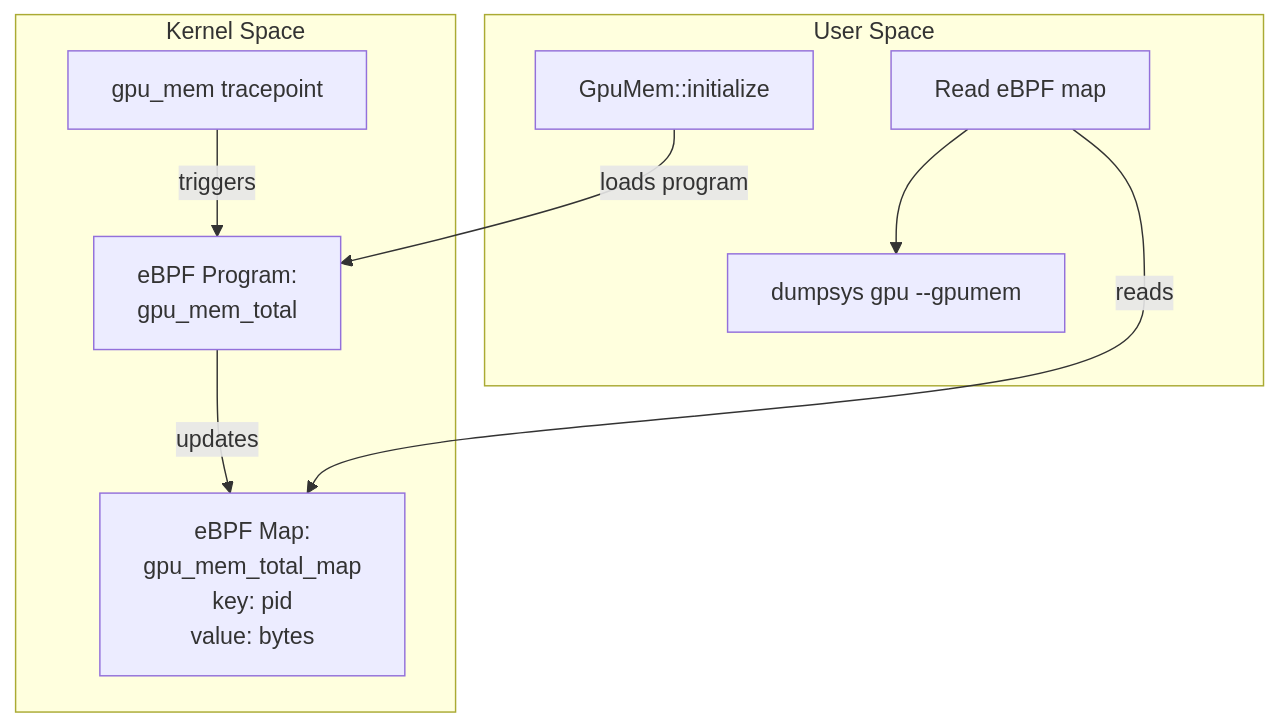
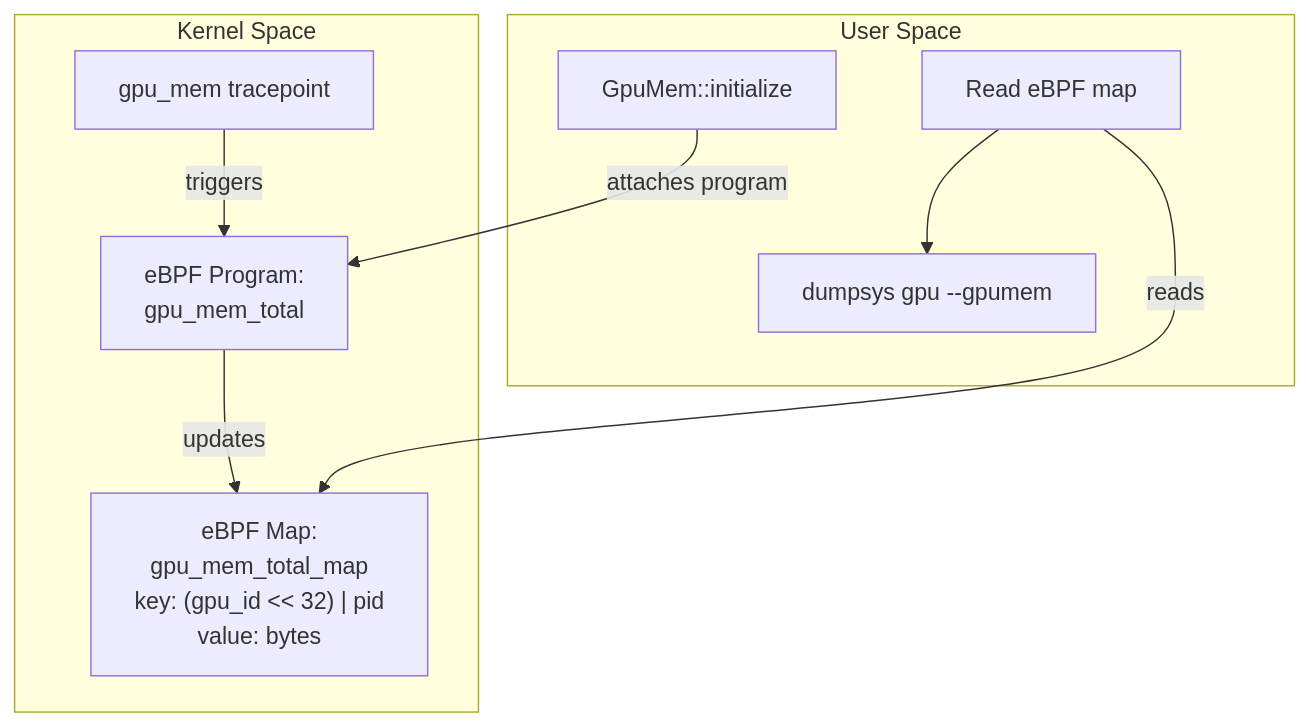
Before and after one commit to aospbooks/aosp-internal-book: diagram 26 of 29 in agents/claude/skills/aosp-native-services-and-media/12-native-services.md, drawn with Mermaid. The commit also changed other lines of this file and 218 other files, not shown here.

````diff
--- a/agents/claude/skills/aosp-native-services-and-media/12-native-services.md
+++ b/agents/claude/skills/aosp-native-services-and-media/12-native-services.md
@@ -2559,20 +2681,20 @@
 ```mermaid
 graph TB
     subgraph "Kernel Space"
         TP[gpu_mem tracepoint]
         BPF_PROG["eBPF Program:<br/>gpu_mem_total"]
-        BPF_MAP["eBPF Map:<br/>gpu_mem_total_map<br/>key: pid<br/>value: bytes"]
+        BPF_MAP["eBPF Map:<br/>gpu_mem_total_map<br/>key: (gpu_id << 32) | pid<br/>value: bytes"]
     end
 
     subgraph "User Space"
         GM[GpuMem::initialize]
         READ[Read eBPF map]
         DUMP[dumpsys gpu --gpumem]
     end
 
     TP -->|triggers| BPF_PROG
     BPF_PROG -->|updates| BPF_MAP
-    GM -->|loads program| BPF_PROG
+    GM -->|attaches program| BPF_PROG
     READ -->|reads| BPF_MAP
     READ --> DUMP
 ```
````
